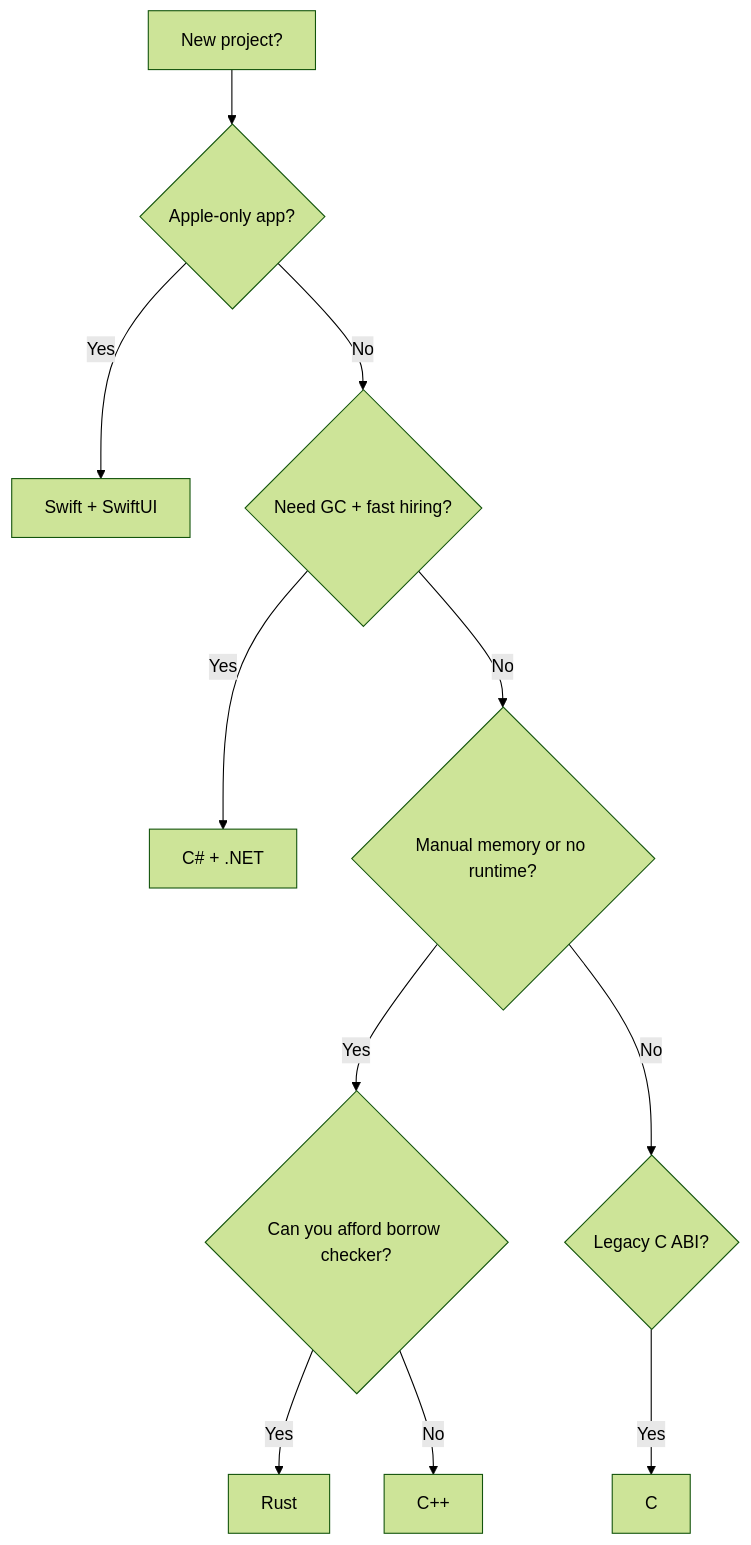
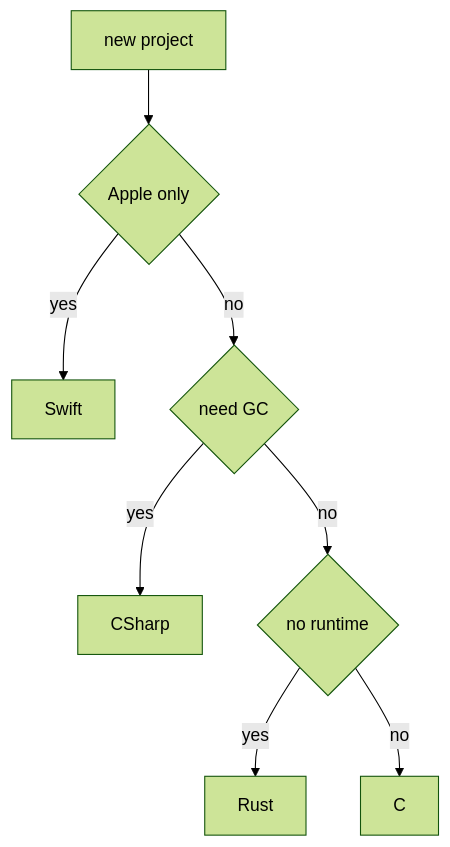
Before and after one commit to 444Nazky/My-Vault: the third of 3 diagrams in Development/Programming-Languages/Comparisons.md, drawn with Mermaid (forest theme). The commit also changed other lines of this file and 7 other files, not shown here.

````diff
--- a/Development/Programming-Languages/Comparisons.md
+++ b/Development/Programming-Languages/Comparisons.md
@@ -33,13 +31,10 @@
 ```mermaid
 flowchart TD
-    A[New project?] --> B{Apple-only app?}
-    B -->|Yes| SW[Swift + SwiftUI]
-    B -->|No| C{Need GC + fast hiring?}
-    C -->|Yes| CS[C# + .NET]
-    C -->|No| D{Manual memory or no runtime?}
-    D -->|Yes| E{Can you afford borrow checker?}
-    E -->|Yes| RS[Rust]
-    E -->|No| CPP[C++]
-    D -->|No| F{Legacy C ABI?}
-    F -->|Yes| CC[C]
+    A["new project"] --> B{"Apple only"}
+    B -->|"yes"| SW["Swift"]
+    B -->|"no"| C{"need GC"}
+    C -->|"yes"| CS["CSharp"]
+    C -->|"no"| D{"no runtime"}
+    D -->|"yes"| RS["Rust"]
+    D -->|"no"| CC["C"]
 ```
````
